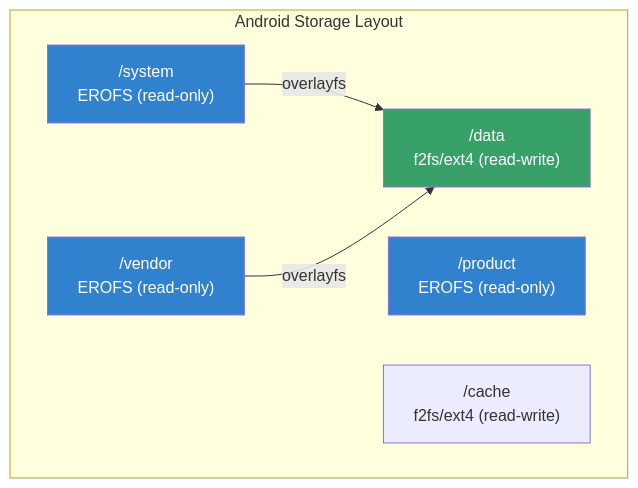
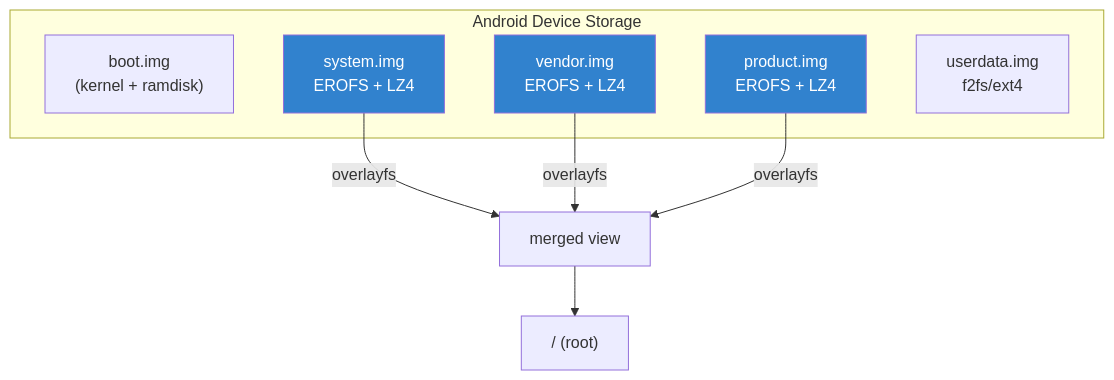
Before and after one commit to Abhinav-Kumar012/lb2: the third of 5 diagrams in src/kernel/filesystems/erofs.md, drawn with Mermaid. The commit also changed other lines of this file and 16 other files, not shown here.

````diff
--- a/src/kernel/filesystems/erofs.md
+++ b/src/kernel/filesystems/erofs.md
@@ -147,18 +175,18 @@
 ```mermaid
 graph TD
-    subgraph "Android Storage Layout"
-        SYSTEM["/system<br/>EROFS (read-only)"]
-        VENDOR["/vendor<br/>EROFS (read-only)"]
-        PRODUCT["/product<br/>EROFS (read-only)"]
-        USERDATA["/data<br/>f2fs/ext4 (read-write)"]
-        CACHE["/cache<br/>f2fs/ext4 (read-write)"]
+    subgraph "Android Device Storage"
+        BOOT["boot.img<br/>(kernel + ramdisk)"]
+        SYSTEM["system.img<br/>EROFS + LZ4"]
+        VENDOR["vendor.img<br/>EROFS + LZ4"]
+        PRODUCT["product.img<br/>EROFS + LZ4"]
+        USERDATA["userdata.img<br/>f2fs/ext4"]
     end
-
-    SYSTEM -->|"overlayfs"| USERDATA
-    VENDOR -->|"overlayfs"| USERDATA
+    SYSTEM -->|"overlayfs"| MERGE["merged view"]
+    VENDOR -->|"overlayfs"| MERGE
+    PRODUCT -->|"overlayfs"| MERGE
+    MERGE --> ROOT["/ (root)"]
 
     style SYSTEM fill:#3182ce,color:#fff
     style VENDOR fill:#3182ce,color:#fff
     style PRODUCT fill:#3182ce,color:#fff
-    style USERDATA fill:#38a169,color:#fff
 ```
````
